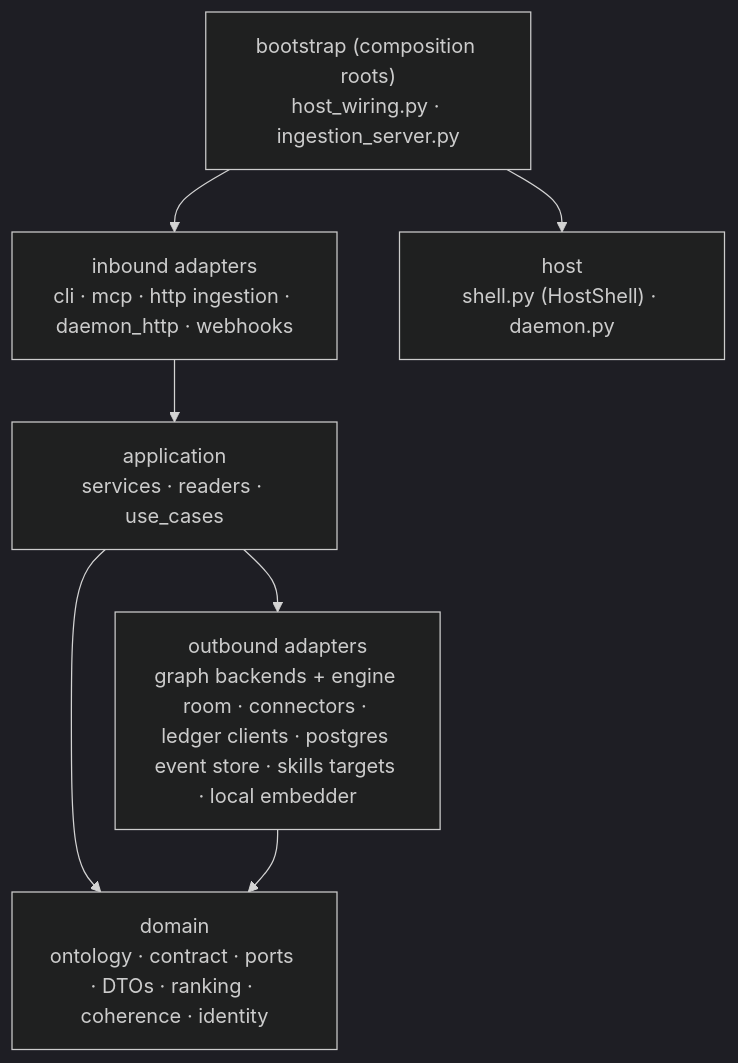
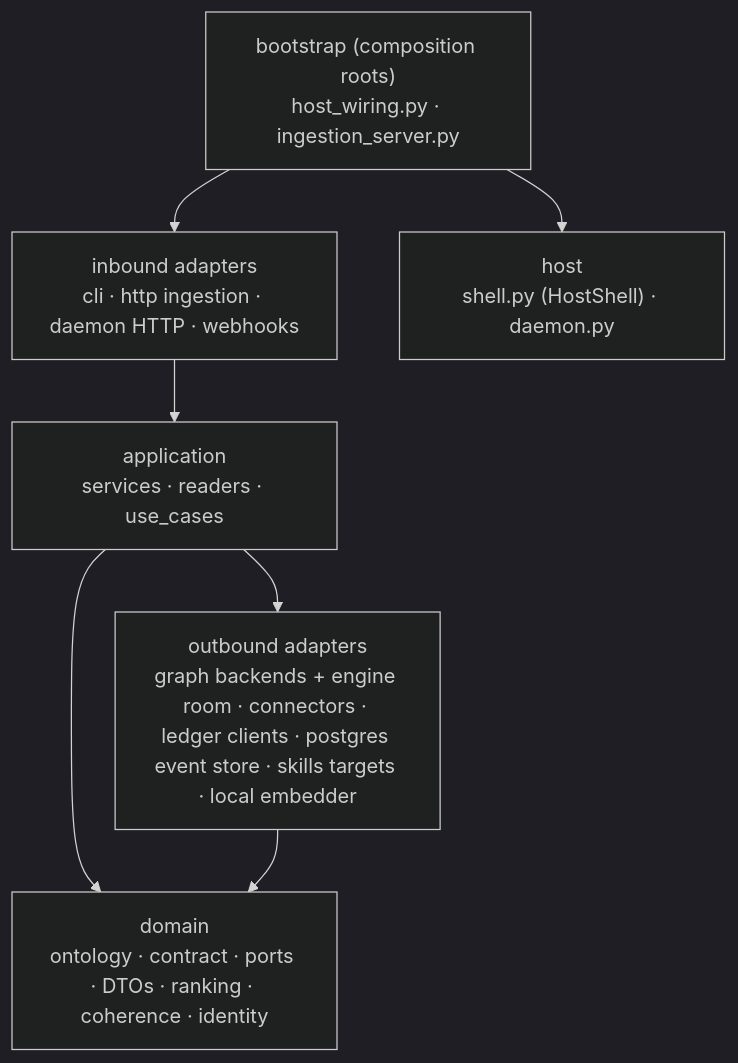
The first of 5 diagrams in docs/context-graph/architecture.md (potpie-ai/potpie), drawn with Mermaid (dark theme) before and after one commit. The commit also changed other lines of this file and 180 other files, not shown here.

Commit message:
refactor(daemon): move daemon and remove MCP server

````diff
--- a/docs/context-graph/architecture.md
+++ b/docs/context-graph/architecture.md
@@ -27,16 +27,16 @@
 ```mermaid
 flowchart TB
-  cg_inbound["inbound adapters<br/>cli · mcp · http ingestion · daemon_http · webhooks"]
+  cg_inbound["inbound adapters<br/>cli · http ingestion · daemon HTTP · webhooks"]
   cg_app["application<br/>services · readers · use_cases"]
   cg_domain["domain<br/>ontology · contract · ports · DTOs · ranking · coherence · identity"]
   cg_outbound["outbound adapters<br/>graph backends + engine room · connectors · ledger clients · postgres event store · skills targets · local embedder"]
   cg_boot["bootstrap (composition roots)<br/>host_wiring.py · ingestion_server.py"]
   cg_host["host<br/>shell.py (HostShell) · daemon.py"]
 
   cg_boot --> cg_host
   cg_boot --> cg_inbound
   cg_inbound --> cg_app
   cg_app --> cg_domain
   cg_app --> cg_outbound
   cg_outbound --> cg_domain
 ```
````
